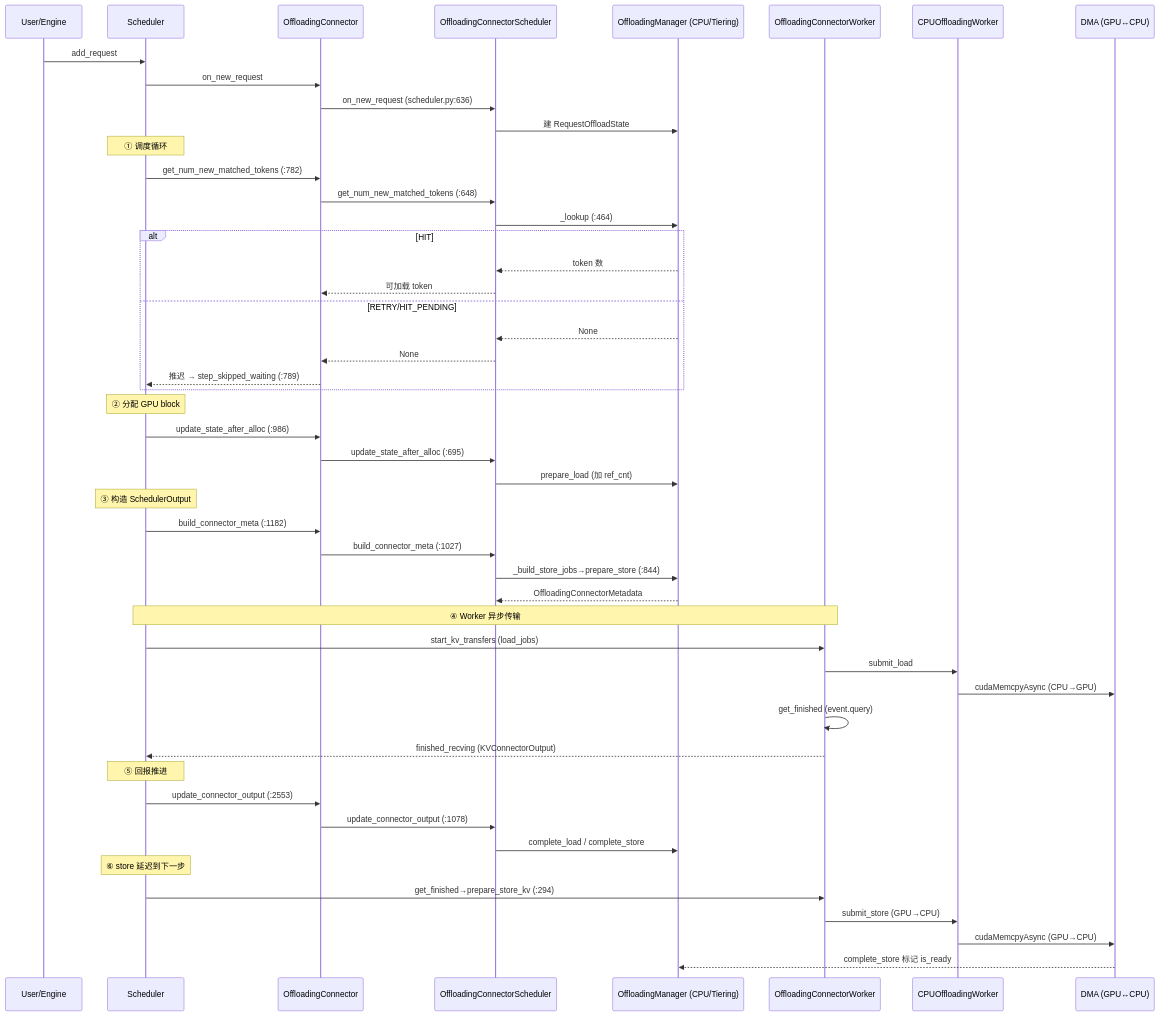
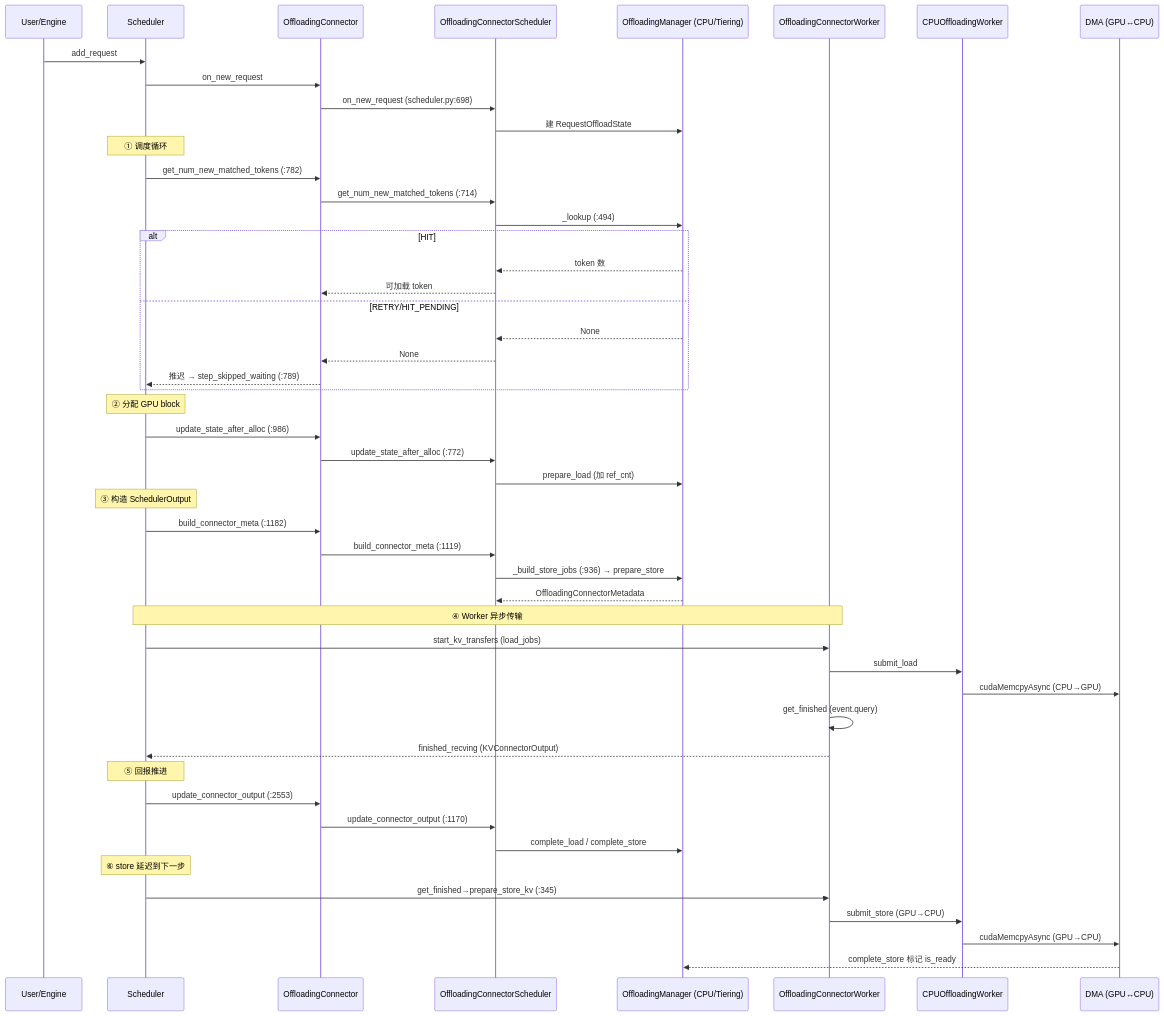
Before and after one commit to Schilings/vllm: the fourth of 4 diagrams in .codebuddy/analysis/kv_cache_offloading.md, drawn with Mermaid. The commit also changed other lines of this file and 4 other files, not shown here.

````diff
--- a/.codebuddy/analysis/kv_cache_offloading.md
+++ b/.codebuddy/analysis/kv_cache_offloading.md
@@ -338,58 +552,58 @@
 ```mermaid
 sequenceDiagram
     participant U as User/Engine
     participant Sch as Scheduler
     participant OC as OffloadingConnector
     participant OCS as OffloadingConnectorScheduler
     participant M as OffloadingManager (CPU/Tiering)
     participant W as OffloadingConnectorWorker
     participant CW as CPUOffloadingWorker
     participant D as DMA (GPU↔CPU)
 
     U->>Sch: add_request
     Sch->>OC: on_new_request
-    OC->>OCS: on_new_request (scheduler.py:636)
+    OC->>OCS: on_new_request (scheduler.py:698)
     OCS->>M: 建 RequestOffloadState
 
     Note over Sch: ① 调度循环
     Sch->>OC: get_num_new_matched_tokens (:782)
-    OC->>OCS: get_num_new_matched_tokens (:648)
-    OCS->>M: _lookup (:464)
+    OC->>OCS: get_num_new_matched_tokens (:714)
+    OCS->>M: _lookup (:494)
     alt HIT
         M-->>OCS: token 数
         OCS-->>OC: 可加载 token
     else RETRY/HIT_PENDING
         M-->>OCS: None
         OCS-->>OC: None
         OC-->>Sch: 推迟 → step_skipped_waiting (:789)
     end
 
     Note over Sch: ② 分配 GPU block
     Sch->>OC: update_state_after_alloc (:986)
-    OC->>OCS: update_state_after_alloc (:695)
+    OC->>OCS: update_state_after_alloc (:772)
     OCS->>M: prepare_load (加 ref_cnt)
 
     Note over Sch: ③ 构造 SchedulerOutput
     Sch->>OC: build_connector_meta (:1182)
-    OC->>OCS: build_connector_meta (:1027)
-    OCS->>M: _build_store_jobs→prepare_store (:844)
+    OC->>OCS: build_connector_meta (:1119)
+    OCS->>M: _build_store_jobs (:936) → prepare_store
     M-->>OCS: OffloadingConnectorMetadata
 
     Note over Sch,W: ④ Worker 异步传输
     Sch->>W: start_kv_transfers (load_jobs)
     W->>CW: submit_load
     CW->>D: cudaMemcpyAsync (CPU→GPU)
     W->>W: get_finished (event.query)
     W-->>Sch: finished_recving (KVConnectorOutput)
 
     Note over Sch: ⑤ 回报推进
     Sch->>OC: update_connector_output (:2553)
-    OC->>OCS: update_connector_output (:1078)
+    OC->>OCS: update_connector_output (:1170)
     OCS->>M: complete_load / complete_store
 
     Note over Sch: ⑥ store 延迟到下一步
-    Sch->>W: get_finished→prepare_store_kv (:294)
+    Sch->>W: get_finished→prepare_store_kv (:345)
     W->>CW: submit_store (GPU→CPU)
     CW->>D: cudaMemcpyAsync (GPU→CPU)
     D-->>M: complete_store 标记 is_ready
 ```
````
